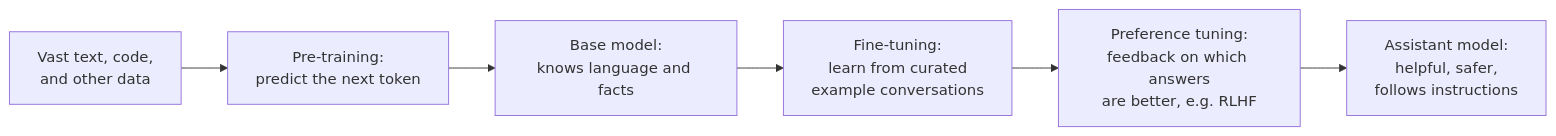
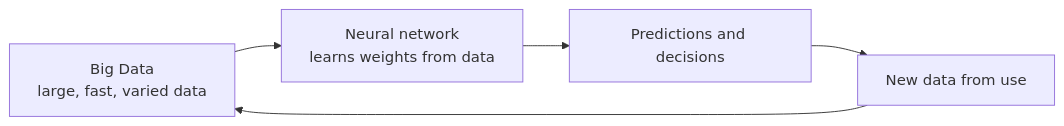
Before and after one commit to benngiiii/BABI-GULING: diagram 11 of 18 in Main/study-guide/v1.0/stage1_Content.md, drawn with Mermaid. The commit also changed other lines of this file, not shown here.

````diff
--- a/Main/study-guide/v1.0/stage1_Content.md
+++ b/Main/study-guide/v1.0/stage1_Content.md
@@ -1390,10 +1253,7 @@
 ```mermaid
 flowchart LR
-    A["Vast text, code,<br/>and other data"]
-    B["Pre-training:<br/>predict the next token"]
-    C["Base model:<br/>knows language and facts"]
-    D["Fine-tuning:<br/>learn from curated<br/>example conversations"]
-    E["Preference tuning:<br/>feedback on which answers<br/>are better, e.g. RLHF"]
-    F["Assistant model:<br/>helpful, safer,<br/>follows instructions"]
-    A --> B --> C --> D --> E --> F
+    BD["Big Data<br/>large, fast, varied data"] --> NN["Neural network<br/>learns weights from data"]
+    NN --> PR["Predictions and decisions"]
+    PR --> NEW["New data from use"]
+    NEW --> BD
 ```
````
